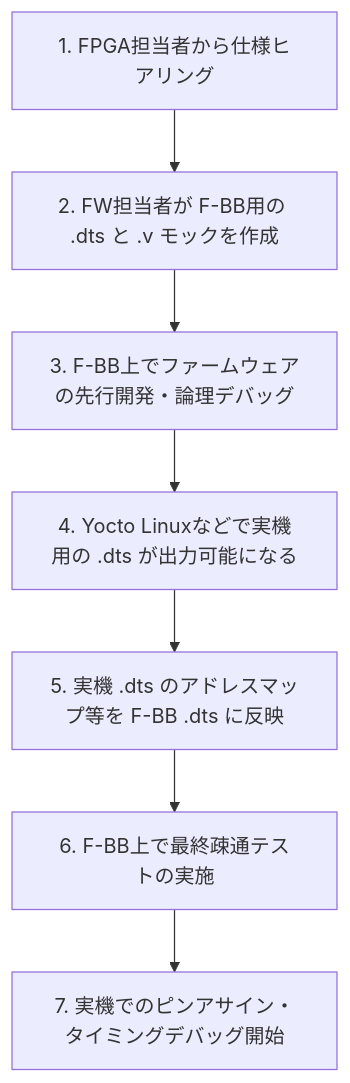
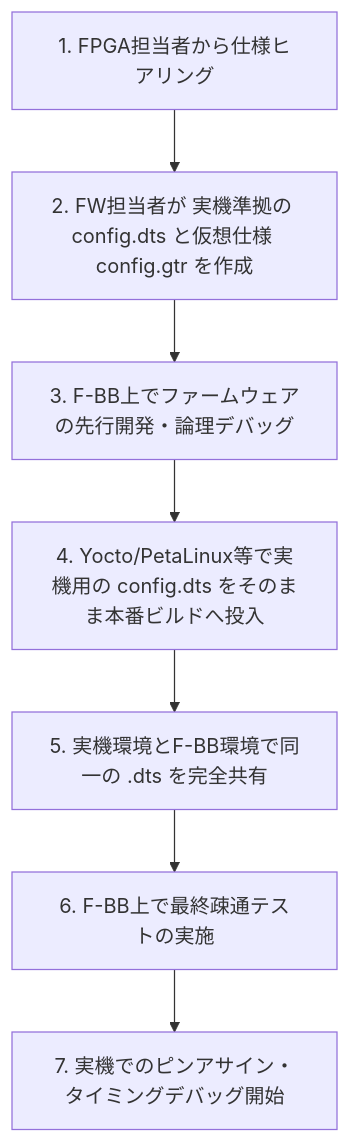
One commit to sirosiro/FPGA-BoardlessBench changed the first of 2 diagrams in README.md. Above: the diagram before and after it, drawn with Mermaid. The commit also changed other lines of this file and 88 other files, not shown here.

Commit message:
feat: implement gtr architecture to decouple registers from dts and update tooling

````diff
--- a/README.md
+++ b/README.md
@@ -100,9 +100,9 @@
 ```mermaid
 graph TD
-    A["1. FPGA担当者から仕様ヒアリング"] --> B["2. FW担当者が F-BB用の .dts と .v モックを作成"]
+    A["1. FPGA担当者から仕様ヒアリング"] --> B["2. FW担当者が 実機準拠の config.dts と仮想仕様 config.gtr を作成"]
     B --> C["3. F-BB上でファームウェアの先行開発・論理デバッグ"]
-    C --> D["4. Yocto Linuxなどで実機用の .dts が出力可能になる"]
-    D --> E["5. 実機 .dts のアドレスマップ等を F-BB .dts に反映"]
+    C --> D["4. Yocto/PetaLinux等で実機用の config.dts をそのまま本番ビルドへ投入"]
+    D --> E["5. 実機環境とF-BB環境で同一の .dts を完全共有"]
     E --> F["6. F-BB上で最終疎通テストの実施"]
     F --> G["7. 実機でのピンアサイン・タイミングデバッグ開始"]
 ```
````
